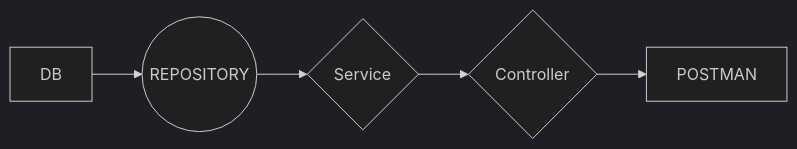
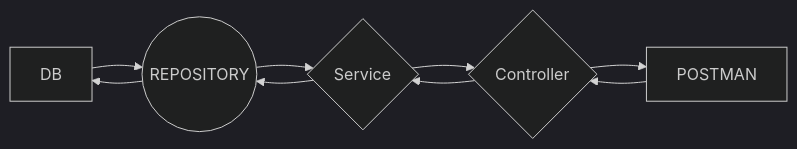
One commit to vKutik/intask changed the diagram in README.md. Above: the diagram before and after it, drawn with Mermaid (dark theme).

````diff
--- a/README.md
+++ b/README.md
@@ -34,7 +34,11 @@
 ```mermaid
 graph LR
 A[DB] --> B((REPOSITORY))
 B --> D{Service}
 D --> C{Controller}
 C --> F[POSTMAN]
+F --> C
+C --> D
+D --> B
+B --> A
 ```
````
